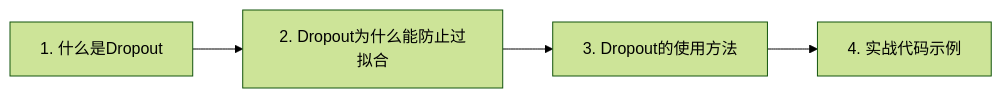
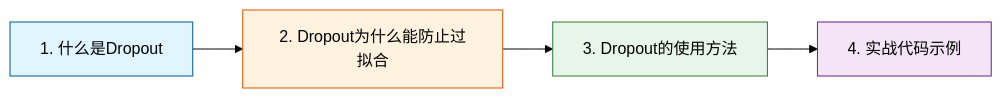
One commit to Zheng-Enci/Knoweledges changed the diagram in .trae/rules/01-文档编写示例.md. Above: the diagram before and after it, drawn with Mermaid (forest theme).

Commit message:
示例文档：为流程图节点添加颜色

````diff
--- a/.trae/rules/01-文档编写示例.md
+++ b/.trae/rules/01-文档编写示例.md
@@ -7,4 +7,8 @@
 ```mermaid
 flowchart LR
     A["1. 什么是Dropout"] --> B["2. Dropout为什么能防止过拟合"] --> C["3. Dropout的使用方法"] --> D["4. 实战代码示例"]
+    style A fill:#e1f5ff,stroke:#01579b
+    style B fill:#fff3e0,stroke:#e65100
+    style C fill:#e8f5e9,stroke:#2e7d32
+    style D fill:#f3e5f5,stroke:#6a1b9a
 ```
````
